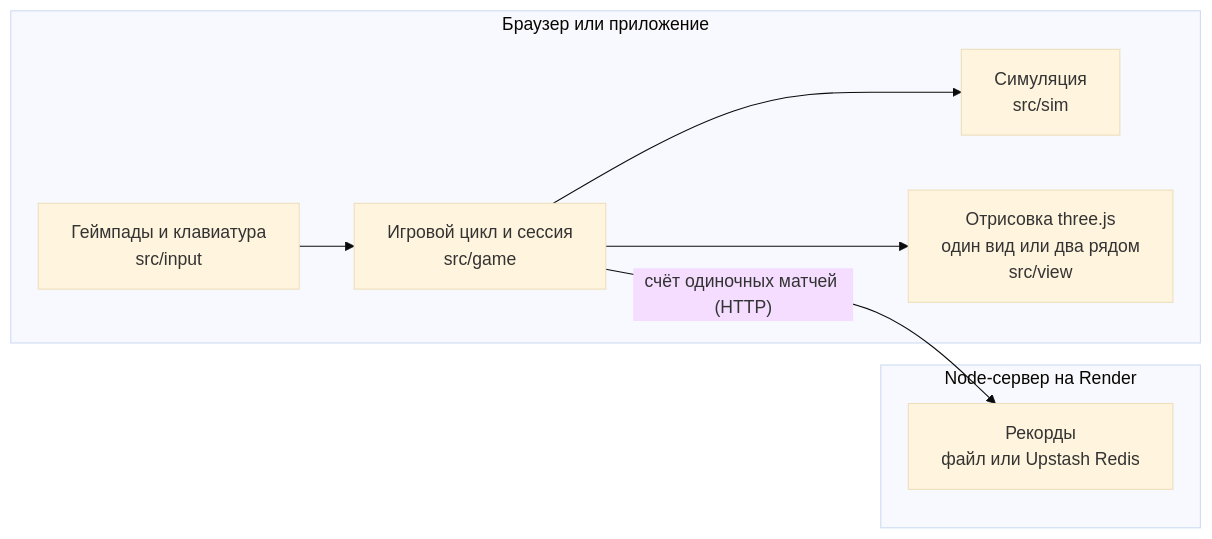
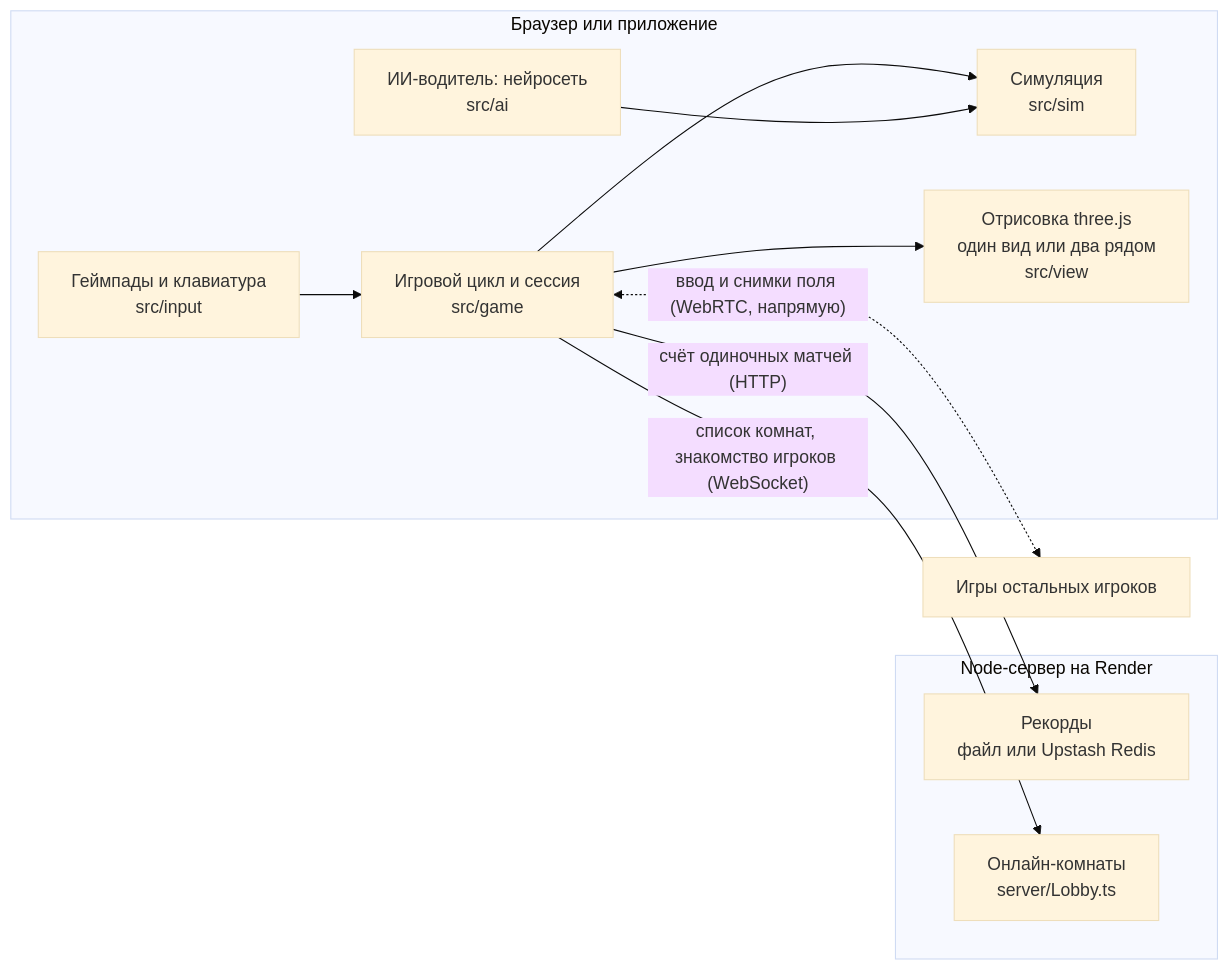
One commit to AendeGitHub/UrSimulator changed the diagram in README.ru.md. Above: the diagram before and after it, drawn with Mermaid (base theme). The commit also changed other lines of this file and 186 other files, not shown here.

````diff
--- a/README.ru.md
+++ b/README.ru.md
@@ -47,12 +47,16 @@
 ```mermaid
 flowchart LR
   subgraph Client["Браузер или приложение"]
     Input["Геймпады и клавиатура<br/>src/input"] --> Game["Игровой цикл и сессия<br/>src/game"]
     Game --> Sim["Симуляция<br/>src/sim"]
+    AI["ИИ-водитель: нейросеть<br/>src/ai"] --> Sim
     Game --> View["Отрисовка three.js<br/>один вид или два рядом<br/>src/view"]
   end
   subgraph Server["Node-сервер на Render"]
     Records["Рекорды<br/>файл или Upstash Redis"]
+    Lobby["Онлайн-комнаты<br/>server/Lobby.ts"]
   end
   Game -- "счёт одиночных матчей (HTTP)" --> Records
+  Game -- "список комнат, знакомство игроков (WebSocket)" --> Lobby
+  Game <-. "ввод и снимки поля (WebRTC, напрямую)" .-> Other["Игры остальных игроков"]
 ```
````
